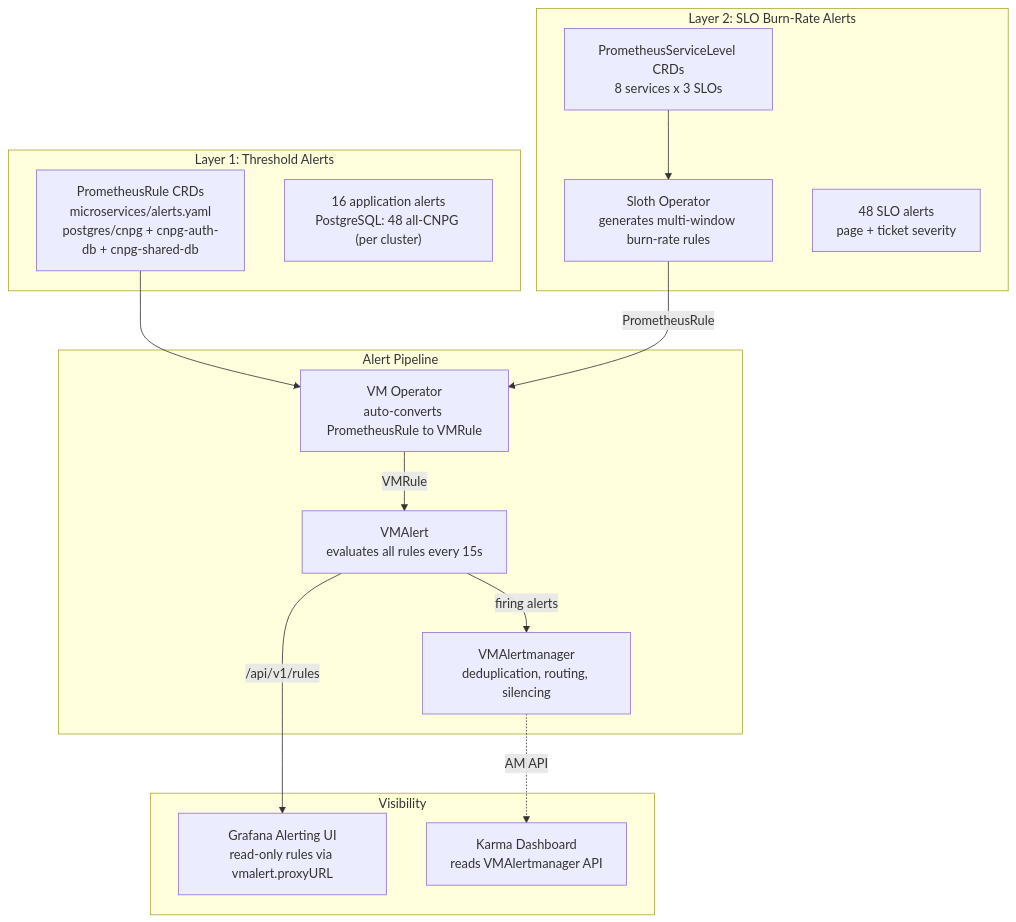
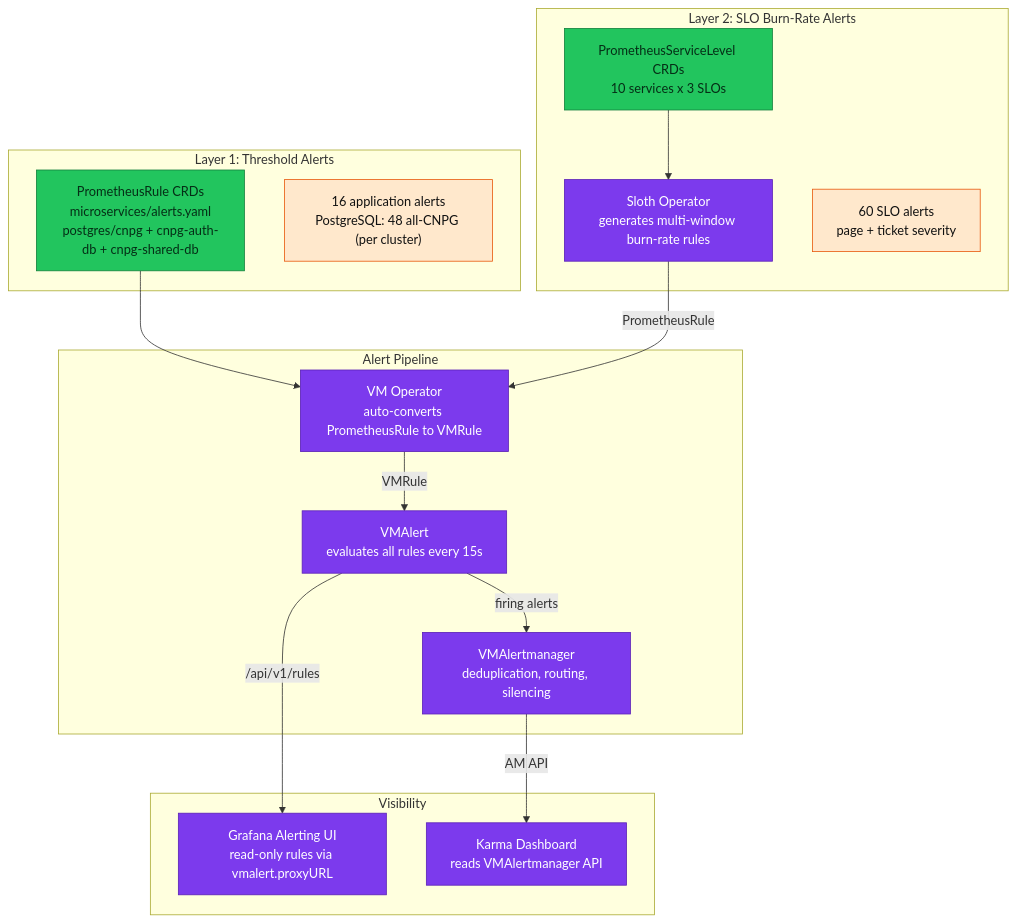
Before and after one commit to duynhlab/homelab: the second of 3 diagrams in docs/observability/alerting/README.md, drawn with Mermaid. The commit also changed other lines of this file and 33 other files, not shown here.

First line of the commit message:
Refresh observability diagrams (#516)

````diff
--- a/docs/observability/alerting/README.md
+++ b/docs/observability/alerting/README.md
@@ -84,32 +101,43 @@
 ```mermaid
 flowchart TD
     subgraph layer1 ["Layer 1: Threshold Alerts"]
         PR1["PrometheusRule CRDs<br/>microservices/alerts.yaml<br/>postgres/cnpg + cnpg-auth-db + cnpg-shared-db"]
         T1["16 application alerts<br/>PostgreSQL: 48 all-CNPG (per cluster)"]
     end
 
     subgraph layer2 ["Layer 2: SLO Burn-Rate Alerts"]
-        PSL["PrometheusServiceLevel CRDs<br/>8 services x 3 SLOs"]
+        PSL["PrometheusServiceLevel CRDs<br/>10 services x 3 SLOs"]
         Sloth["Sloth Operator<br/>generates multi-window burn-rate rules"]
-        T2["48 SLO alerts<br/>page + ticket severity"]
+        T2["60 SLO alerts<br/>page + ticket severity"]
     end
 
     subgraph pipeline ["Alert Pipeline"]
         VMOp["VM Operator<br/>auto-converts PrometheusRule to VMRule"]
         VMAlert["VMAlert<br/>evaluates all rules every 15s"]
         VMAM["VMAlertmanager<br/>deduplication, routing, silencing"]
     end
 
     subgraph viz [Visibility]
         Grafana["Grafana Alerting UI<br/>read-only rules via vmalert.proxyURL"]
         Karma["Karma Dashboard<br/>reads VMAlertmanager API"]
     end
 
     PR1 --> VMOp
     PSL --> Sloth
     Sloth -->|"PrometheusRule"| VMOp
     VMOp -->|"VMRule"| VMAlert
     VMAlert -->|"firing alerts"| VMAM
     VMAlert -->|"/api/v1/rules"| Grafana
-    VMAM -.->|"AM API"| Karma
+    VMAM -->|"AM API"| Karma
+
+    classDef service fill:#06b6d4,color:#082f49,stroke:#0e7490;
+    classDef platform fill:#7c3aed,color:#fff,stroke:#5b21b6;
+    classDef external fill:#64748b,color:#fff,stroke:#334155;
+    classDef metric fill:#ffe8cc,color:#111,stroke:#e8590c;
+    classDef collector fill:#a5d8ff,color:#111,stroke:#1971c2;
+    classDef data fill:#22c55e,color:#052e16,stroke:#15803d;
+    classDef planned fill:#fff,color:#475569,stroke:#64748b,stroke-dasharray:5 5;
+    class PR1,PSL data;
+    class VMOp,Sloth,VMAlert,VMAM,Grafana,Karma platform;
+    class T1,T2 metric;
 ```
````
